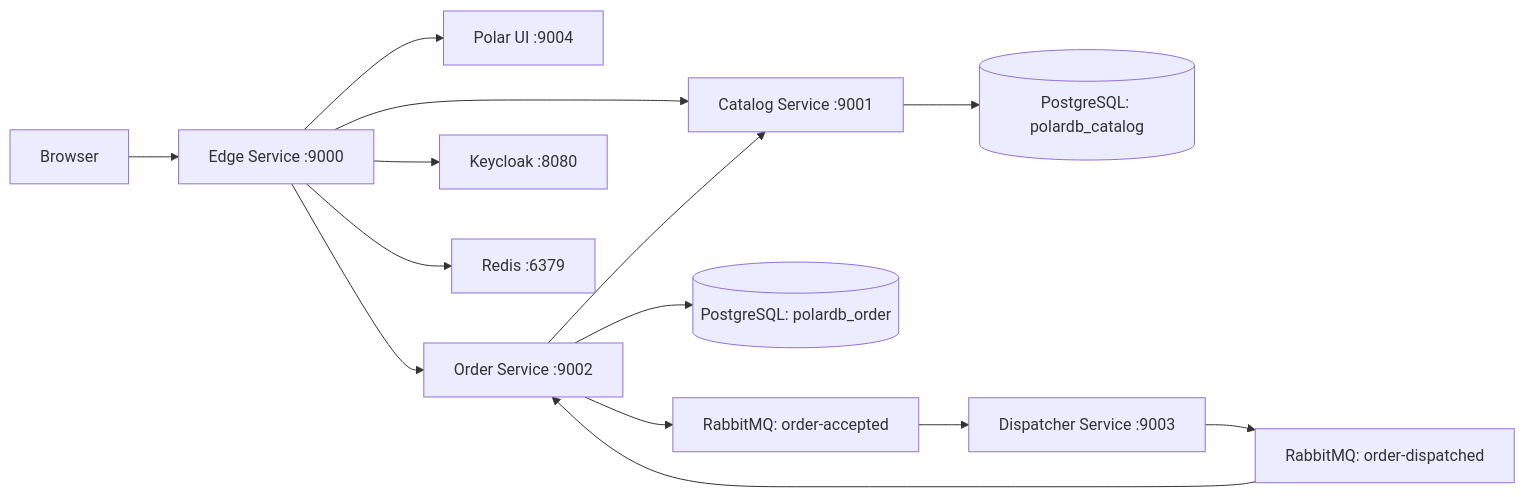
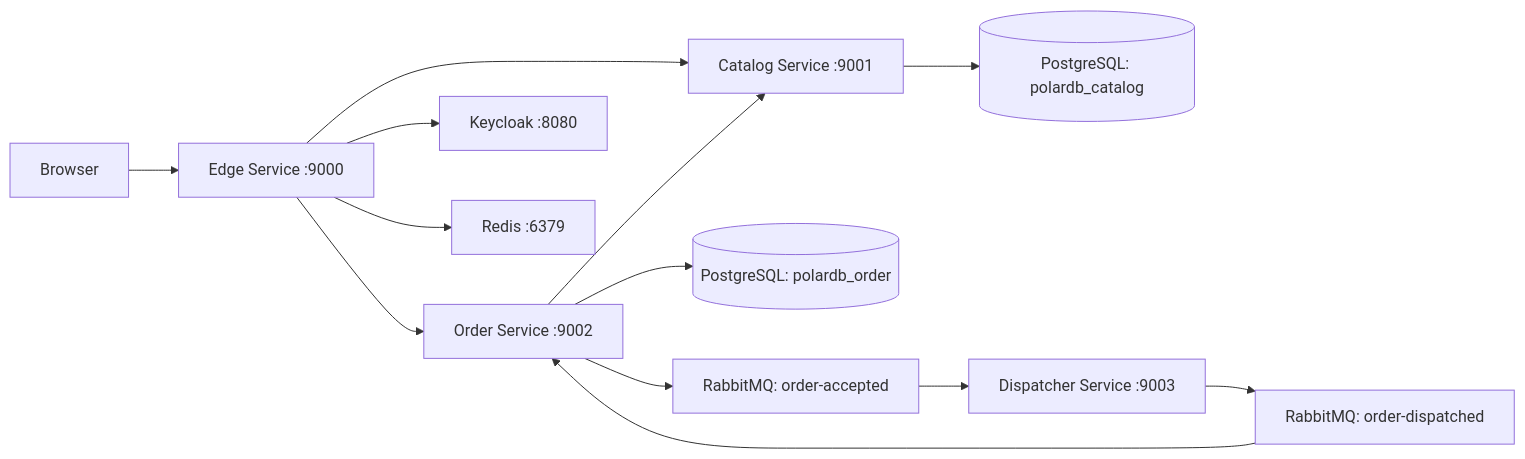
Before and after one commit to Aymanhamad2002/edge-service: the diagram in README.md, drawn with Mermaid. The commit also changed other lines of this file, not shown here.

````diff
--- a/README.md
+++ b/README.md
@@ -7,16 +7,15 @@
 ```mermaid
 flowchart LR
     Browser --> Edge["Edge Service :9000"]
-    Edge --> UI["Polar UI :9004"]
     Edge --> Catalog["Catalog Service :9001"]
     Edge --> Orders["Order Service :9002"]
     Edge --> Keycloak["Keycloak :8080"]
     Edge --> Redis["Redis :6379"]
     Catalog --> CatalogDB[("PostgreSQL: polardb_catalog")]
     Orders --> OrderDB[("PostgreSQL: polardb_order")]
     Orders --> Catalog
     Orders --> Accepted["RabbitMQ: order-accepted"]
     Accepted --> Dispatcher["Dispatcher Service :9003"]
     Dispatcher --> Dispatched["RabbitMQ: order-dispatched"]
     Dispatched --> Orders
 ```
````
